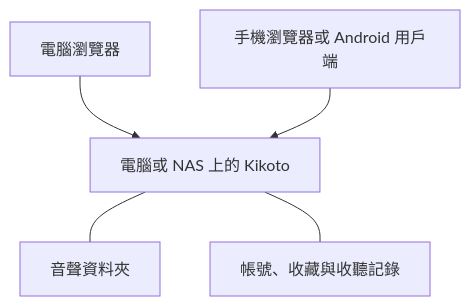
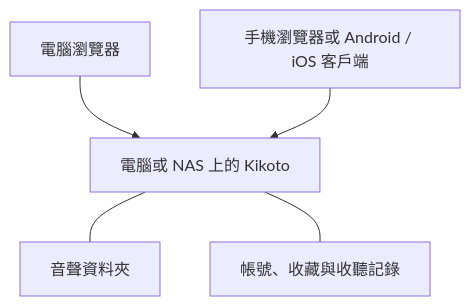
The second of 2 diagrams in content/zh-tw/posts/2026/2026-10-08 Kikoto.md (yexca/blog), drawn with Mermaid before and after one commit. The commit also changed other lines of this file and 3 other files, not shown here.

````diff
--- a/content/zh-tw/posts/2026/2026-10-08 Kikoto.md
+++ b/content/zh-tw/posts/2026/2026-10-08 Kikoto.md
@@ -87,7 +102,7 @@
 ```mermaid
 flowchart TB
     A["電腦瀏覽器"] --> C["電腦或 NAS 上的 Kikoto"]
-    B["手機瀏覽器或 Android 用戶端"] --> C
+    B["手機瀏覽器或 Android / iOS 客戶端"] --> C
     C --- D["音聲資料夾"]
     C --- E["帳號、收藏與收聽記錄"]
 ```
````
